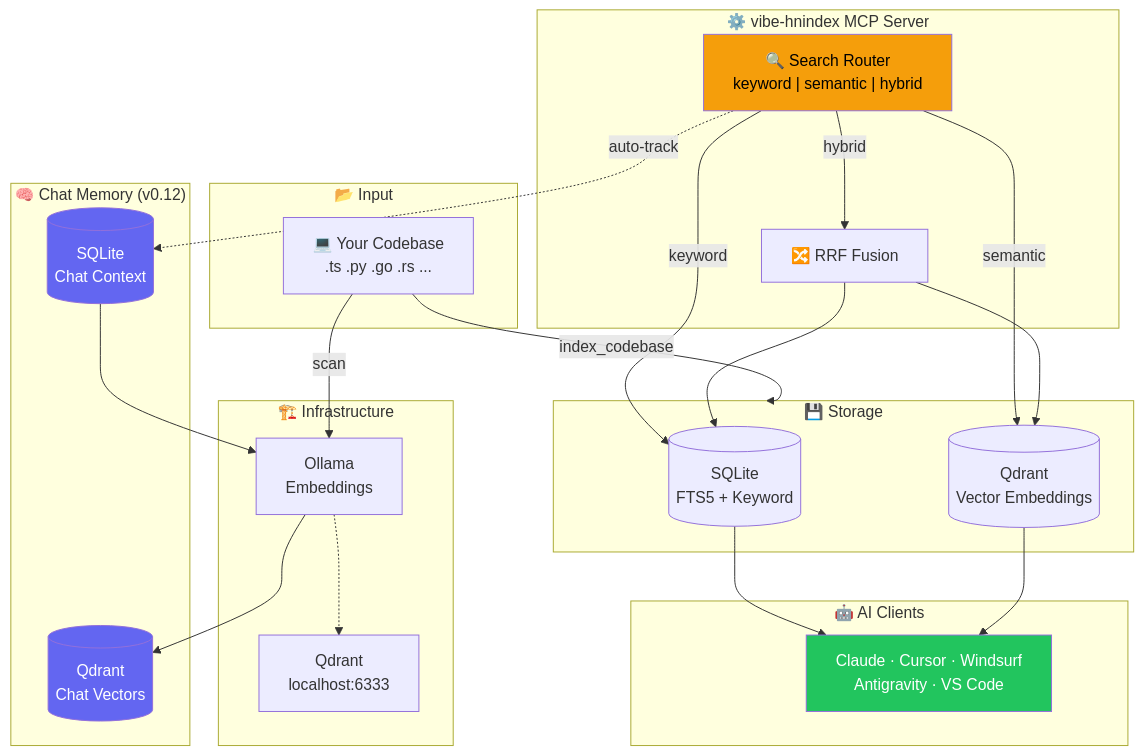
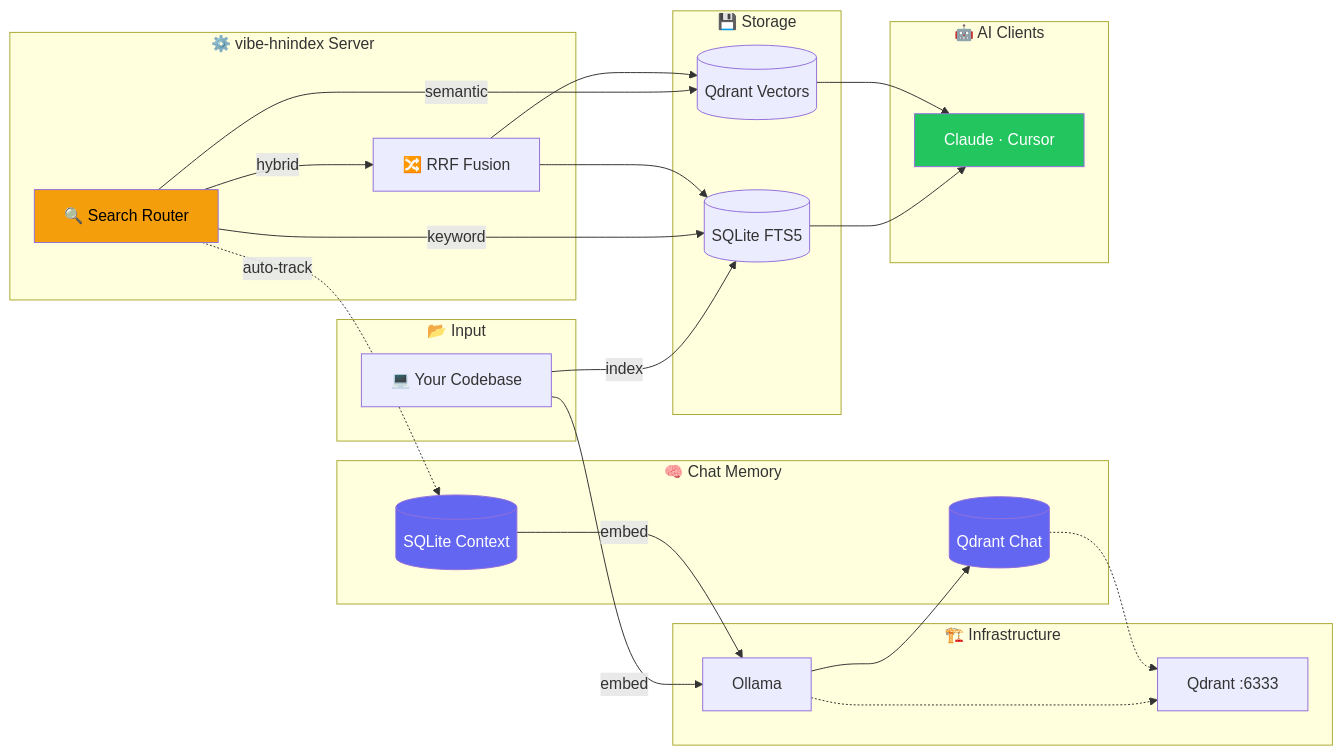
Before and after one commit to AndyAnh174/vibe-hnindex: the diagram in README.md, drawn with Mermaid. The commit also changed 4 other files, not shown here.

Commit message:
docs: switch to flowchart LR with straight 90° lines in all Mermaid diagrams

````diff
--- a/README.md
+++ b/README.md
@@ -162,49 +162,50 @@
 ```mermaid
-graph TB
+flowchart LR
     subgraph Input["📂 Input"]
-        A["💻 Your Codebase<br/>.ts .py .go .rs ..."]
+        A["💻 Your Codebase"]
     end
 
-    subgraph Server["⚙️ vibe-hnindex MCP Server"]
-        B["🔍 Search Router<br/>keyword | semantic | hybrid"]
+    subgraph Server["⚙️ vibe-hnindex Server"]
+        B["🔍 Search Router"]
         C["🔀 RRF Fusion"]
     end
 
     subgraph Storage["💾 Storage"]
-        D[("SQLite<br/>FTS5 + Keyword")]
-        E[("Qdrant<br/>Vector Embeddings")]
+        D[("SQLite FTS5")]
+        E[("Qdrant Vectors")]
     end
 
-    subgraph Memory["🧠 Chat Memory (v0.12)"]
-        F[("SQLite<br/>Chat Context")]
-        G[("Qdrant<br/>Chat Vectors")]
+    subgraph Memory["🧠 Chat Memory"]
+        F[("SQLite Context")]
+        G[("Qdrant Chat")]
     end
 
     subgraph Infra["🏗️ Infrastructure"]
-        H["Ollama<br/>Embeddings"]
-        I["Qdrant<br/>localhost:6333"]
+        H["Ollama"]
+        I["Qdrant :6333"]
     end
 
     subgraph Output["🤖 AI Clients"]
-        J["Claude · Cursor · Windsurf<br/>Antigravity · VS Code"]
+        J["Claude · Cursor"]
     end
 
-    A -->|"index_codebase"| Storage
-    A -->|scan| H
-    B -->|"keyword"| D
-    B -->|"semantic"| E
-    B -->|"hybrid"| C
+    A -->|index| D
+    A -->|embed| H
+    B -->|keyword| D
+    B -->|semantic| E
+    B -->|hybrid| C
     C --> D
     C --> E
-    B -.->|"auto-track"| F
-    F --> H
+    B -.->|auto-track| F
+    F -->|embed| H
     H --> G
     D --> J
     E --> J
     H -.-> I
+    G -.-> I
 
     style F fill:#6366f1,color:#fff
     style G fill:#6366f1,color:#fff
     style B fill:#f59e0b,color:#000
     style J fill:#22c55e,color:#fff
 ```
````
